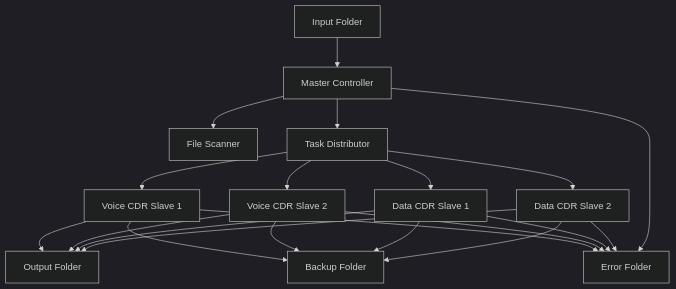
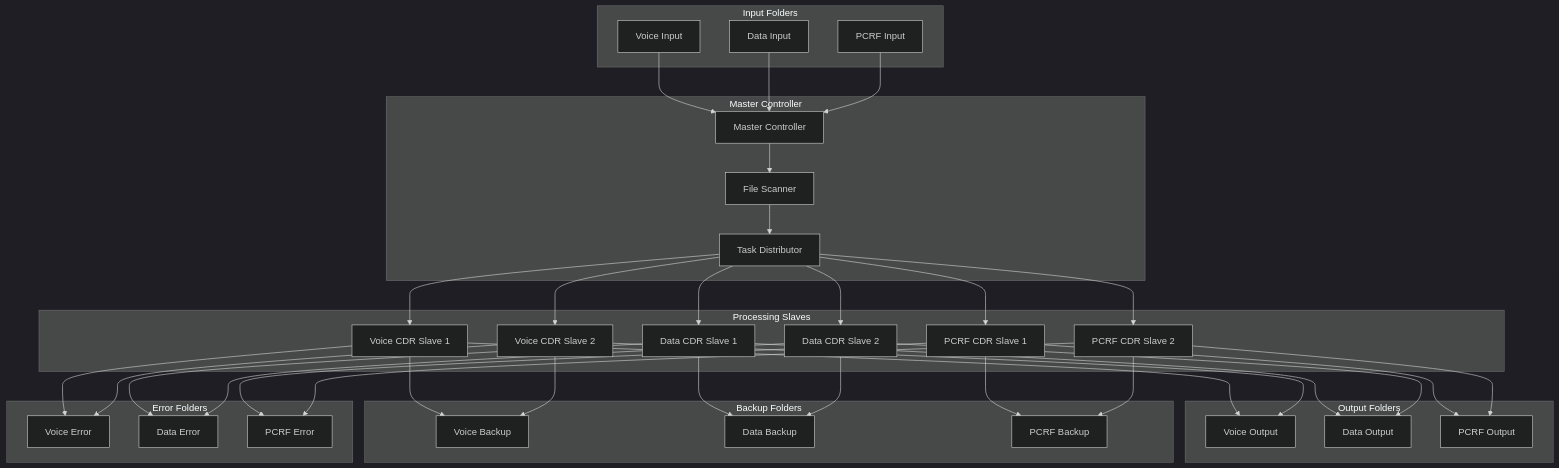
The first of 8 diagrams in Documents/CDR_Processing_System_Design.md (vitconhocboi/moz_cdr_process), drawn with Mermaid (dark theme) before and after one commit. The commit also changed other lines of this file and 25 other files, not shown here.

Commit message:
voice data

````diff
--- a/Documents/CDR_Processing_System_Design.md
+++ b/Documents/CDR_Processing_System_Design.md
@@ -18,23 +20,76 @@
 ```mermaid
 graph TB
-    A[Input Folder] --> B[Master Controller]
-    B --> C[File Scanner]
-    B --> D[Task Distributor]
-    D --> E[Voice CDR Slave 1]
-    D --> F[Voice CDR Slave 2]
-    D --> G[Data CDR Slave 1]
-    D --> H[Data CDR Slave 2]
-    E --> I[Output Folder]
-    F --> I
-    G --> I
-    H --> I
-    E --> J[Backup Folder]
-    F --> J
-    G --> J
-    H --> J
-    E --> K[Error Folder]
-    F --> K
-    G --> K
-    H --> K
-    B --> K
+    subgraph "Input Folders"
+        A1[Voice Input]
+        A2[Data Input]
+        A3[PCRF Input]
+    end
+    
+    subgraph "Master Controller"
+        B[Master Controller]
+        C[File Scanner]
+        D[Task Distributor]
+    end
+    
+    subgraph "Processing Slaves"
+        E[Voice CDR Slave 1]
+        F[Voice CDR Slave 2]
+        G[Data CDR Slave 1]
+        H[Data CDR Slave 2]
+        I[PCRF CDR Slave 1]
+        J[PCRF CDR Slave 2]
+    end
+    
+    subgraph "Output Folders"
+        K1[Voice Output]
+        K2[Data Output]
+        K3[PCRF Output]
+    end
+    
+    subgraph "Backup Folders"
+        L1[Voice Backup]
+        L2[Data Backup]
+        L3[PCRF Backup]
+    end
+    
+    subgraph "Error Folders"
+        M1[Voice Error]
+        M2[Data Error]
+        M3[PCRF Error]
+    end
+    
+    A1 --> B
+    A2 --> B
+    A3 --> B
+    
+    B --> C
+    C --> D
+    
+    D --> E
+    D --> F
+    D --> G
+    D --> H
+    D --> I
+    D --> J
+    
+    E --> K1
+    F --> K1
+    G --> K2
+    H --> K2
+    I --> K3
+    J --> K3
+    
+    E --> L1
+    F --> L1
+    G --> L2
+    H --> L2
+    I --> L3
+    J --> L3
+    
+    E --> M1
+    F --> M1
+    G --> M2
+    H --> M2
+    I --> M3
+    J --> M3
 ```
````
